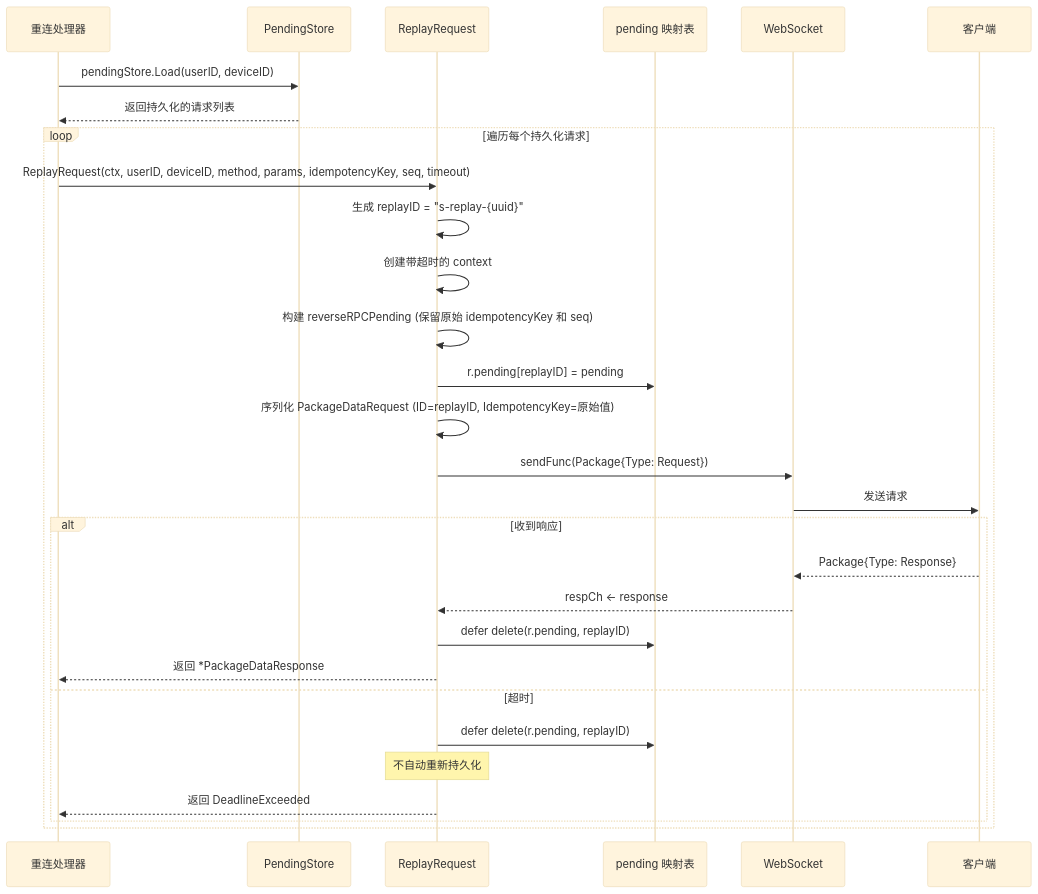
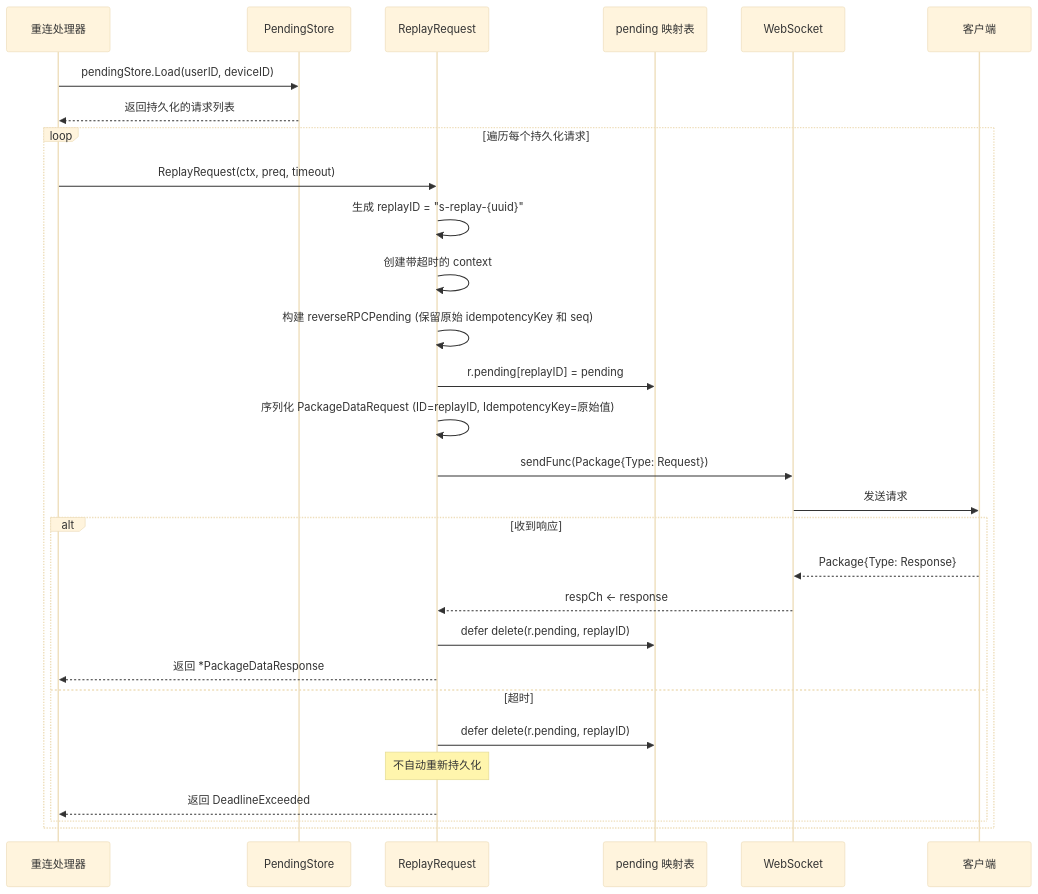
The eighth of 11 diagrams in wiki/flows/reverse-rpc.md (PineappleBond/xyncra-server), drawn with Mermaid (base theme) before and after one commit. The commit also changed 21 other files, not shown here.

First line of the commit message:
docs(wiki): fix accuracy and completeness issues across all flow documents

````diff
--- a/wiki/flows/reverse-rpc.md
+++ b/wiki/flows/reverse-rpc.md
@@ -482,35 +482,35 @@
 ```mermaid
 sequenceDiagram
     participant RH as 重连处理器
     participant Store as PendingStore
     participant RR as ReplayRequest
     participant Pending as pending 映射表
     participant WS as WebSocket
     participant Client as 客户端
 
     RH->>Store: pendingStore.Load(userID, deviceID)
     Store-->>RH: 返回持久化的请求列表
 
     loop 遍历每个持久化请求
-        RH->>RR: ReplayRequest(ctx, userID, deviceID, method, params, idempotencyKey, seq, timeout)
+        RH->>RR: ReplayRequest(ctx, preq, timeout)
         RR->>RR: 生成 replayID = "s-replay-{uuid}"
         RR->>RR: 创建带超时的 context
         RR->>RR: 构建 reverseRPCPending (保留原始 idempotencyKey 和 seq)
 
         RR->>Pending: r.pending[replayID] = pending
         RR->>RR: 序列化 PackageDataRequest (ID=replayID, IdempotencyKey=原始值)
         RR->>WS: sendFunc(Package{Type: Request})
         WS->>Client: 发送请求
 
         alt 收到响应
             Client-->>WS: Package{Type: Response}
             WS-->>RR: respCh <- response
             RR->>Pending: defer delete(r.pending, replayID)
             RR-->>RH: 返回 *PackageDataResponse
         else 超时
             RR->>Pending: defer delete(r.pending, replayID)
             Note over RR: 不自动重新持久化
             RR-->>RH: 返回 DeadlineExceeded
         end
     end
 ```
````
